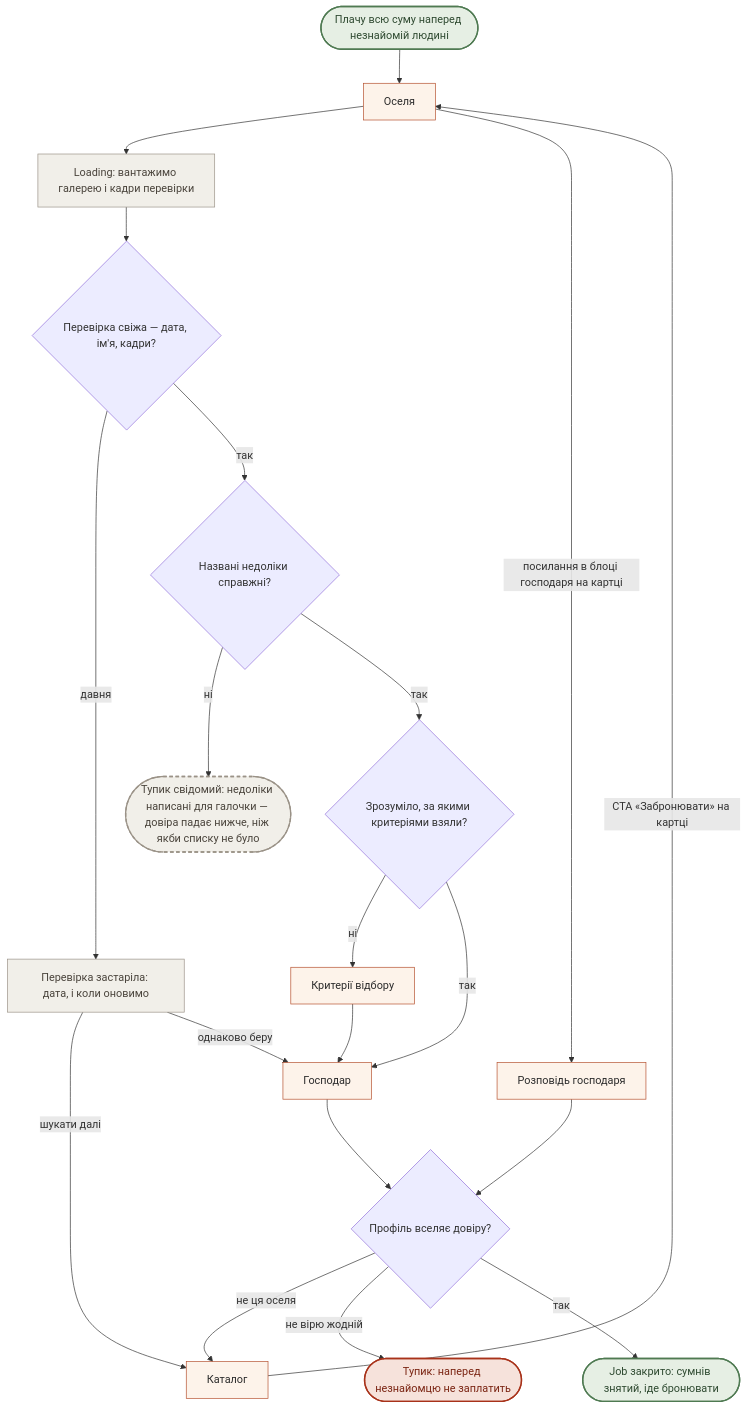
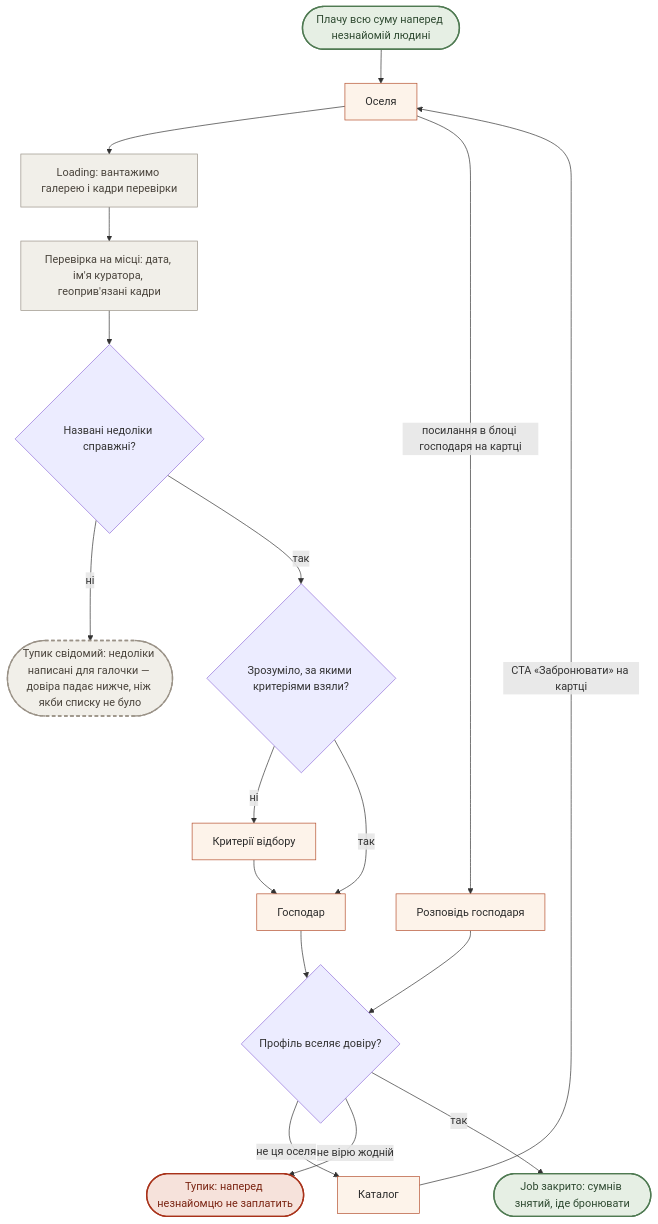
The second of 5 diagrams in ia/flows.md (sofiya5395870-sys/khata-v-seli), drawn with Mermaid before and after one commit. The commit also changed other lines of this file and 2 other files, not shown here.

Commit message:
Drop the stale-check branch: re-checks are the curator's call
Sofiia: перевірка за куратором. There is no fixed re-check cycle, so
the document stops promising one — the "коли перевірятимуть наступного
разу" field is gone rather than left marked unconfirmed, and with it
the expiry the Перевірка object claimed to have.

That removes the whole first fork of R3. The check exists on every
house in the catalogue, so asking whether it exists was never a real
question, and asking whether it has expired would promise a schedule
nobody is keeping. The flow now simply shows the proof — date, the
curator's name, geotagged frames — and goes straight to the flaws.
R3 is one step shorter, which is where this started.

Caught while verifying: removing those lines also removed the only
places where Каталог and Господар were given a shape in that diagram,
leaving Каталог without an exit as well. The graph linter flagged all
three before they shipped.

````diff
--- a/ia/flows.md
+++ b/ia/flows.md
@@ -114,37 +114,32 @@
 ```mermaid
 flowchart TD
     Start([Плачу всю суму наперед незнайомій людині]) --> House[Оселя]
     House --> Load["Loading: вантажимо галерею і кадри перевірки"]
-    Load --> Checked{Перевірка свіжа — дата, ім'я, кадри?}
-
-    Checked -->|давня| Stale["Перевірка застаріла: дата, і коли оновимо"]
-    Stale -->|шукати далі| Cat[Каталог]
-    Cat -->|CTA «Забронювати» на картці| House
-    Stale -->|однаково беру| Owner[Господар]
-
-    Checked -->|так| Flaws{Названі недоліки справжні?}
+    Load --> Proof["Перевірка на місці: дата, ім'я куратора, геоприв'язані кадри"]
+    Proof --> Flaws{Названі недоліки справжні?}
     Flaws -->|ні| DeadFake(["Тупик свідомий: недоліки написані для галочки — довіра падає нижче, ніж якби списку не було"])
     Flaws -->|так| Why{Зрозуміло, за якими критеріями взяли?}
 
     Why -->|ні| Crit[Критерії відбору]
-    Crit --> Owner
+    Crit --> Owner[Господар]
     Why -->|так| Owner
 
     House -->|посилання в блоці господаря на картці| Talk[Розповідь господаря]
     Talk --> Trust
     Owner --> Trust{Профіль вселяє довіру?}
-    Trust -->|не ця оселя| Cat
+    Trust -->|не ця оселя| Cat[Каталог]
+    Cat -->|CTA «Забронювати» на картці| House
     Trust -->|не вірю жодній| DeadTrust(["Тупик: наперед незнайомцю не заплатить"])
     Trust -->|так| Win(["Job закрито: сумнів знятий, іде бронювати"])
 
     classDef screen fill:#fdf3ea,stroke:#b5502e,color:#2b2b2b
     classDef state fill:#f1efe9,stroke:#9a9287,color:#4a443c
     classDef dead fill:#f6e2db,stroke:#a8321a,stroke-width:2px,color:#7a2412
     classDef kept fill:#f1efe9,stroke:#9a9287,stroke-width:2px,stroke-dasharray:5 4,color:#4a443c
     classDef win fill:#e6efe4,stroke:#4f7a52,stroke-width:2px,color:#2f4a31
     class House,Cat,Crit,Owner,Talk screen
-    class Load,Stale state
+    class Load,Proof state
     class DeadTrust dead
     class DeadFake kept
     class Win,Start win
 ```
````
